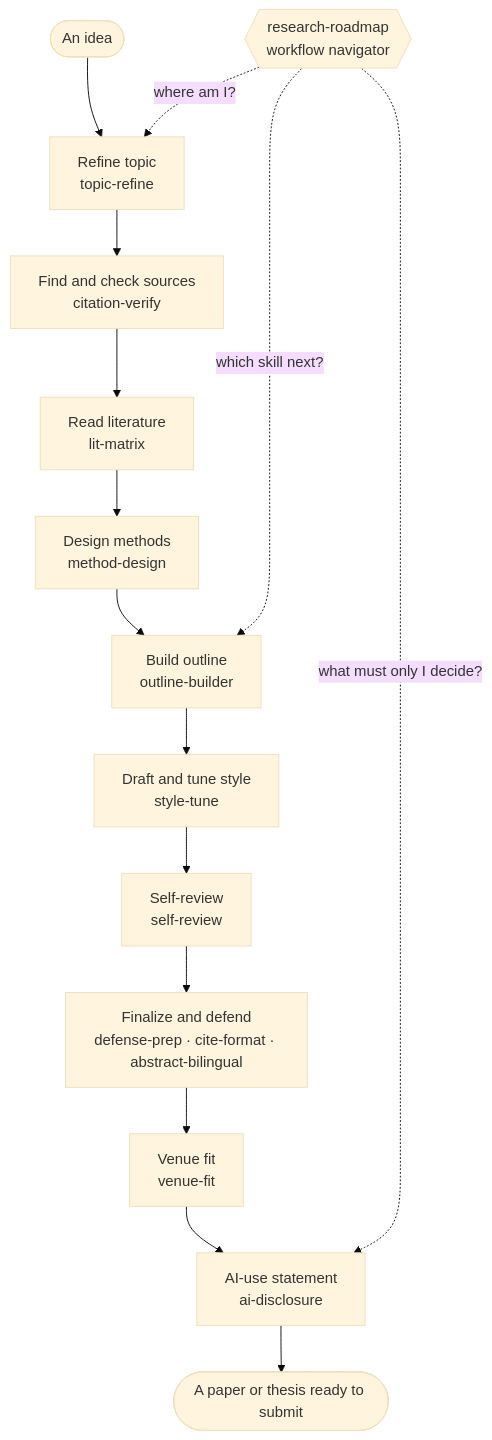
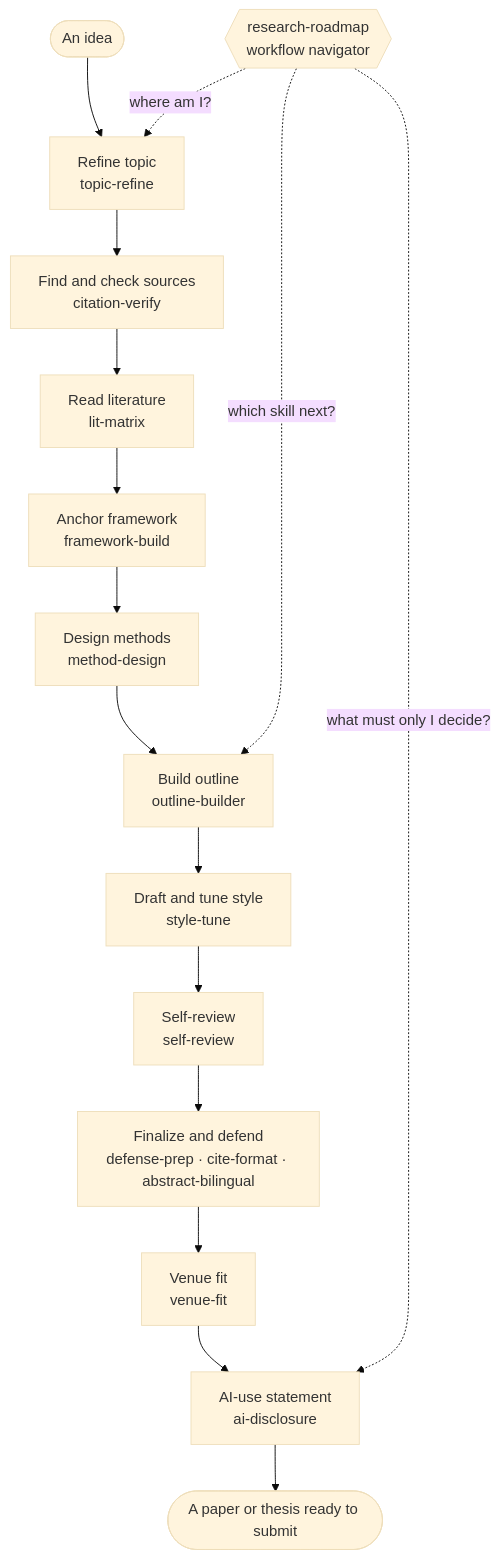
Before and after one commit to DylanChiang-Dev/liberal-arts-research-skills: the diagram in README.en.md, drawn with Mermaid (base theme). The commit also changed other lines of this file and 3 other files, not shown here.

Commit message:
docs: 四份 README 接入 framework-build（13→14）

````diff
--- a/README.en.md
+++ b/README.en.md
@@ -48,17 +48,18 @@
 ```mermaid
 flowchart TD
     Start([An idea]) --> S1[Refine topic<br/>topic-refine]
     S1 --> S2[Find and check sources<br/>citation-verify]
     S2 --> S3[Read literature<br/>lit-matrix]
-    S3 --> S4[Design methods<br/>method-design]
+    S3 --> SF[Anchor framework<br/>framework-build]
+    SF --> S4[Design methods<br/>method-design]
     S4 --> S5[Build outline<br/>outline-builder]
     S5 --> S6[Draft and tune style<br/>style-tune]
     S6 --> S7[Self-review<br/>self-review]
     S7 --> S8[Finalize and defend<br/>defense-prep · cite-format · abstract-bilingual]
     S8 --> S9[Venue fit<br/>venue-fit]
     S9 --> S10[AI-use statement<br/>ai-disclosure]
     S10 --> End([A paper or thesis ready to submit])
     RM{{research-roadmap<br/>workflow navigator}} -.where am I?.-> S1
     RM -.which skill next?.-> S5
     RM -.what must only I decide?.-> S10
 ```
````
